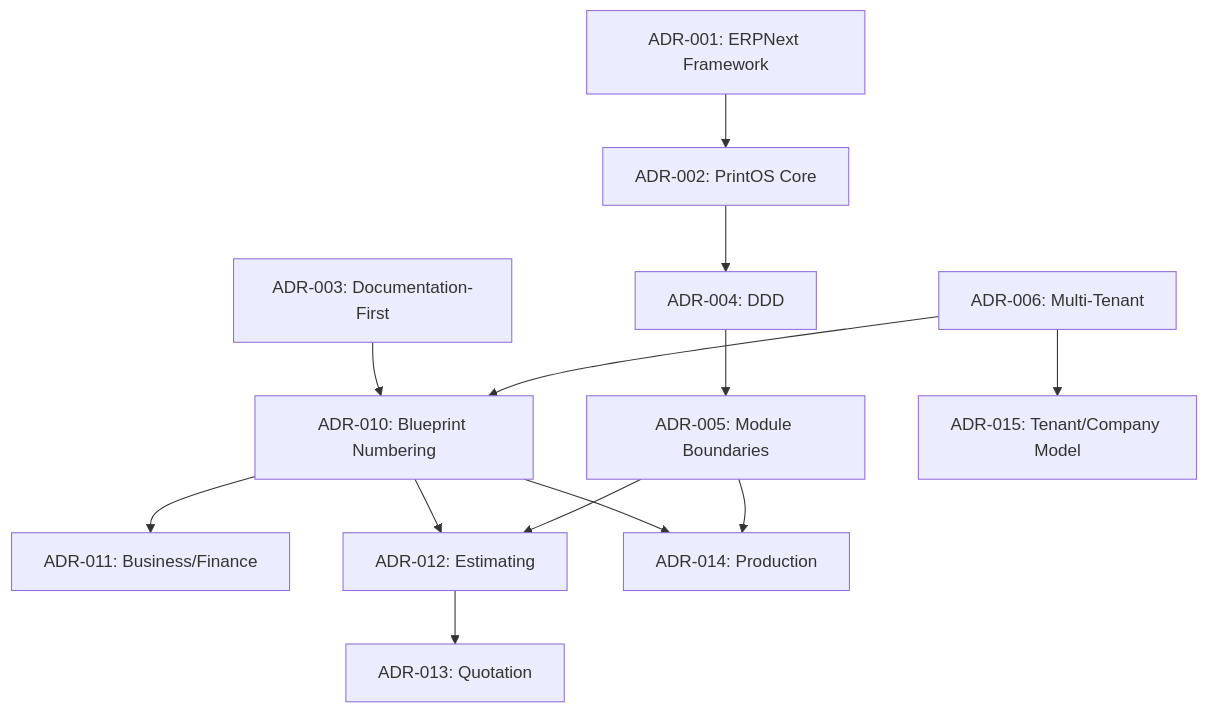
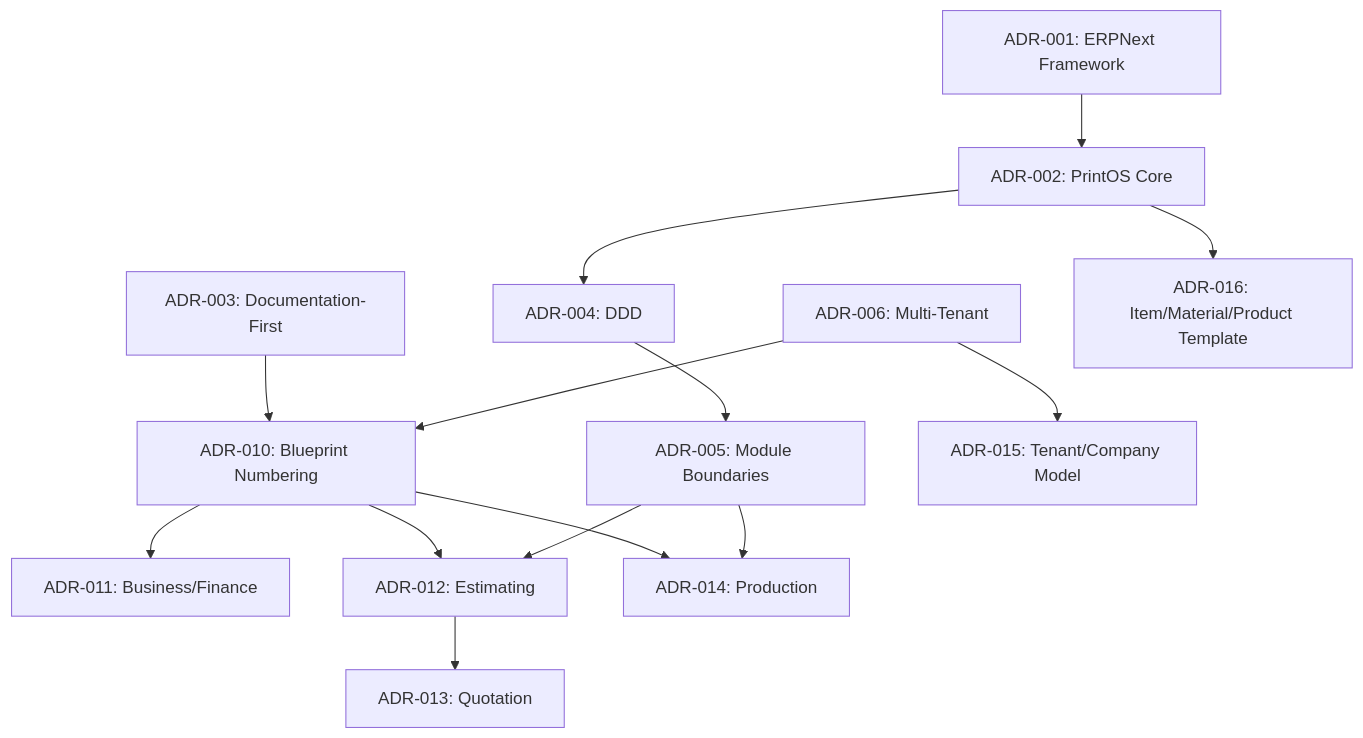
The diagram in docs/decisions/00_ADR_Index.md (ganapathyvijai/printos), drawn with Mermaid before and after one commit. The commit also changed other lines of this file and 16 other files, not shown here.

Commit message:
docs: resolve AR-006 item and material mapping

````diff
--- a/docs/decisions/00_ADR_Index.md
+++ b/docs/decisions/00_ADR_Index.md
@@ -53,15 +54,16 @@
 ```mermaid
 flowchart TB
     ADR001["ADR-001: ERPNext Framework"] --> ADR002["ADR-002: PrintOS Core"]
     ADR002 --> ADR004["ADR-004: DDD"]
     ADR004 --> ADR005["ADR-005: Module Boundaries"]
     ADR003["ADR-003: Documentation-First"] --> ADR010["ADR-010: Blueprint Numbering"]
     ADR010 --> ADR011["ADR-011: Business/Finance"]
     ADR010 --> ADR012["ADR-012: Estimating"]
     ADR010 --> ADR014["ADR-014: Production"]
     ADR012 --> ADR013["ADR-013: Quotation"]
     ADR005 --> ADR012
     ADR005 --> ADR014
     ADR006["ADR-006: Multi-Tenant"] --> ADR010
     ADR006 --> ADR015["ADR-015: Tenant/Company Model"]
+    ADR002 --> ADR016["ADR-016: Item/Material/Product Template"]
 ```
````
